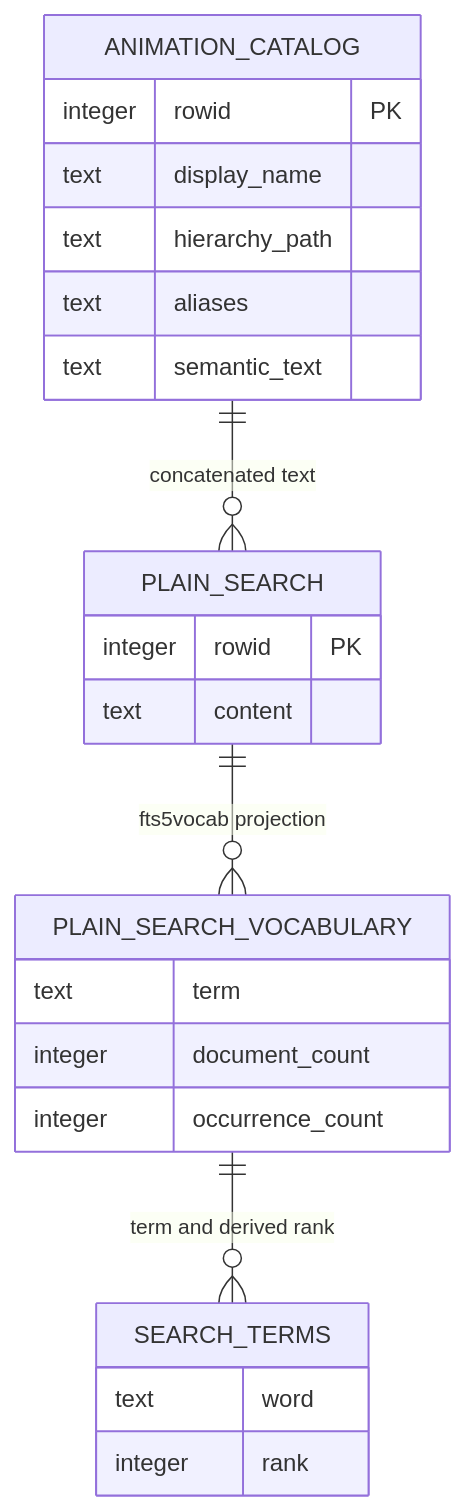
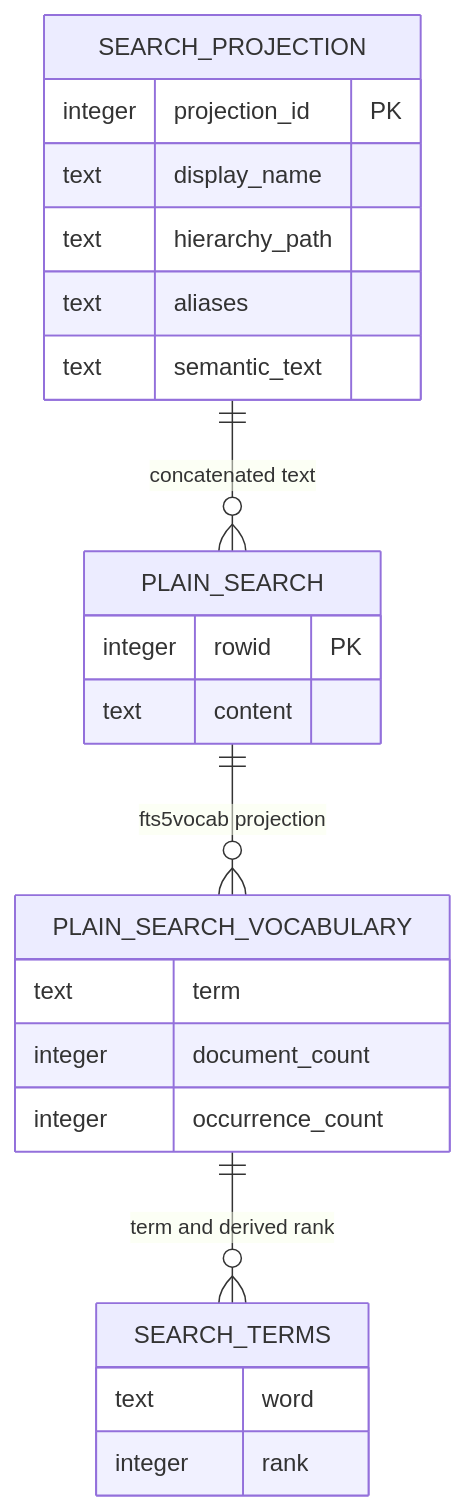
The third of 3 diagrams in docs/wiki/Guides/Sqlite3.md (derekshoneycutt/Euclid), drawn with Mermaid before and after one commit. The commit also changed other lines of this file and 236 other files, not shown here.

````diff
--- a/docs/wiki/Guides/Sqlite3.md
+++ b/docs/wiki/Guides/Sqlite3.md
@@ -240,30 +324,30 @@
 ```mermaid
 erDiagram
-    ANIMATION_CATALOG {
-        integer rowid PK
+    SEARCH_PROJECTION {
+        integer projection_id PK
         text display_name
         text hierarchy_path
         text aliases
         text semantic_text
     }
 
     PLAIN_SEARCH {
         integer rowid PK
         text content
     }
 
     PLAIN_SEARCH_VOCABULARY {
         text term
         integer document_count
         integer occurrence_count
     }
 
     SEARCH_TERMS {
         text word
         integer rank
     }
 
-    ANIMATION_CATALOG ||--o{ PLAIN_SEARCH : "concatenated text"
+    SEARCH_PROJECTION ||--o{ PLAIN_SEARCH : "concatenated text"
     PLAIN_SEARCH ||--o{ PLAIN_SEARCH_VOCABULARY : "fts5vocab projection"
     PLAIN_SEARCH_VOCABULARY ||--o{ SEARCH_TERMS : "term and derived rank"
 ```
````
